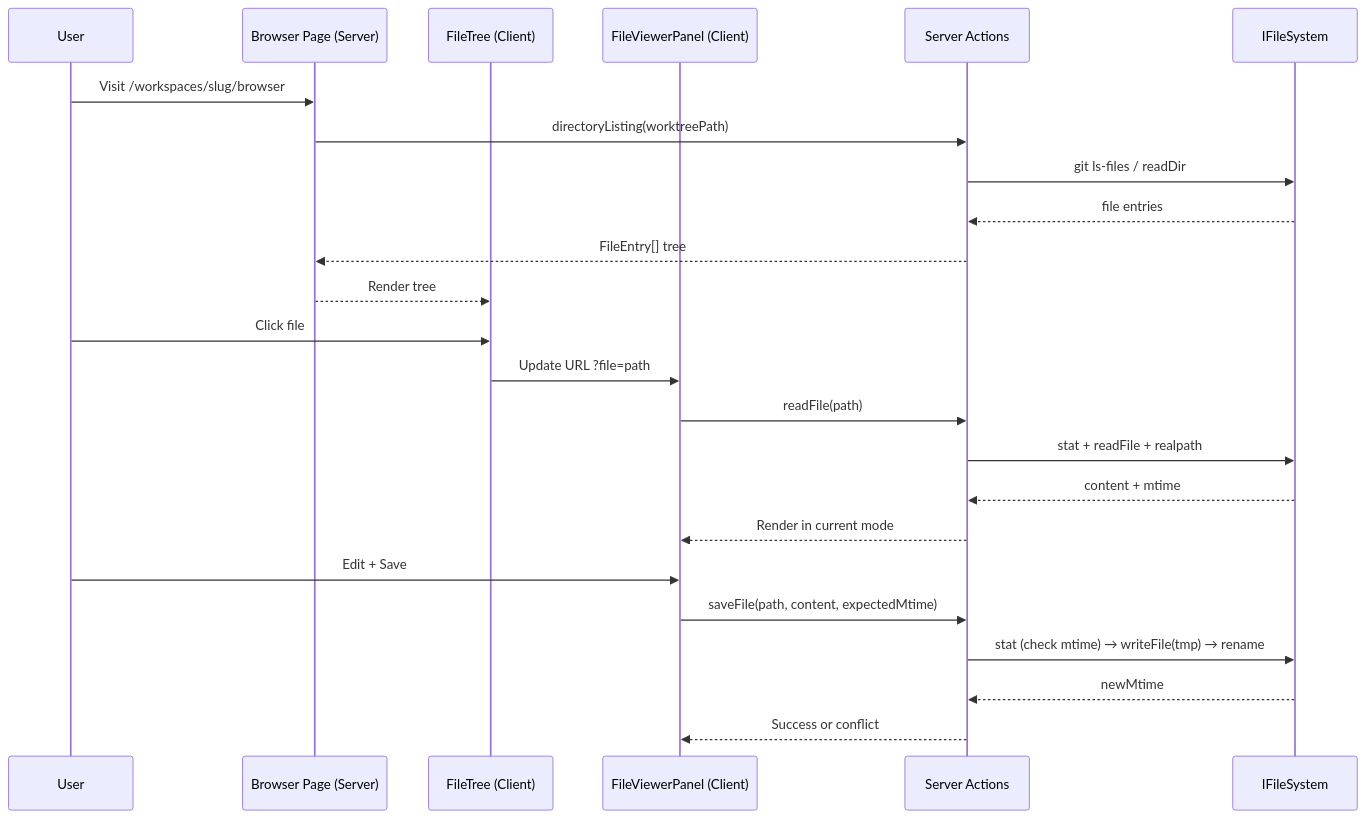
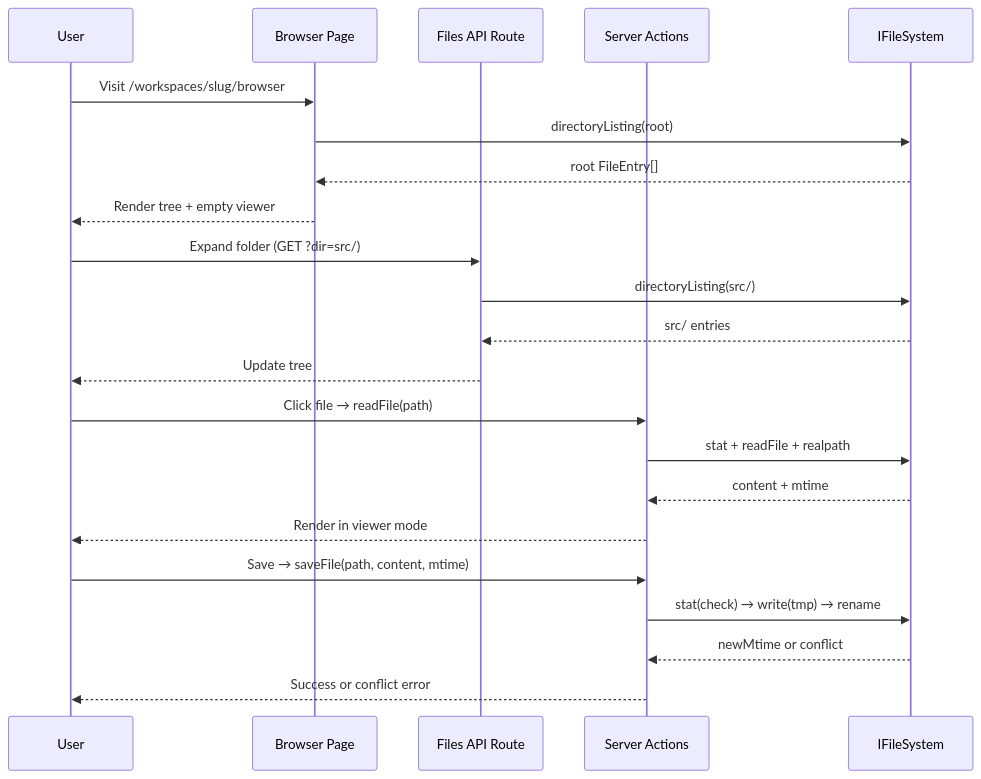
Before and after one commit to AI-Substrate/chainglass: the third of 3 diagrams in docs/plans/041-file-browser/tasks/phase-4-file-browser/tasks.md, drawn with Mermaid. The commit also changed other lines of this file and 1 other file, not shown here.

````diff
--- a/docs/plans/041-file-browser/tasks/phase-4-file-browser/tasks.md
+++ b/docs/plans/041-file-browser/tasks/phase-4-file-browser/tasks.md
@@ -245,29 +255,28 @@
 ```mermaid
 sequenceDiagram
     participant U as User
-    participant BP as Browser Page (Server)
-    participant FT as FileTree (Client)
-    participant FVP as FileViewerPanel (Client)
+    participant BP as Browser Page
+    participant API as Files API Route
     participant SA as Server Actions
     participant FS as IFileSystem
 
     U->>BP: Visit /workspaces/slug/browser
-    BP->>SA: directoryListing(worktreePath)
-    SA->>FS: git ls-files / readDir
-    FS-->>SA: file entries
-    SA-->>BP: FileEntry[] tree
-    BP-->>FT: Render tree
+    BP->>FS: directoryListing(root)
+    FS-->>BP: root FileEntry[]
+    BP-->>U: Render tree + empty viewer
 
-    U->>FT: Click file
-    FT->>FVP: Update URL ?file=path
-    FVP->>SA: readFile(path)
+    U->>API: Expand folder (GET ?dir=src/)
+    API->>FS: directoryListing(src/)
+    FS-->>API: src/ entries
+    API-->>U: Update tree
+
+    U->>SA: Click file → readFile(path)
     SA->>FS: stat + readFile + realpath
     FS-->>SA: content + mtime
-    SA-->>FVP: Render in current mode
+    SA-->>U: Render in viewer mode
 
-    U->>FVP: Edit + Save
-    FVP->>SA: saveFile(path, content, expectedMtime)
-    SA->>FS: stat (check mtime) → writeFile(tmp) → rename
-    FS-->>SA: newMtime
-    SA-->>FVP: Success or conflict
+    U->>SA: Save → saveFile(path, content, mtime)
+    SA->>FS: stat(check) → write(tmp) → rename
+    FS-->>SA: newMtime or conflict
+    SA-->>U: Success or conflict error
 ```
````
